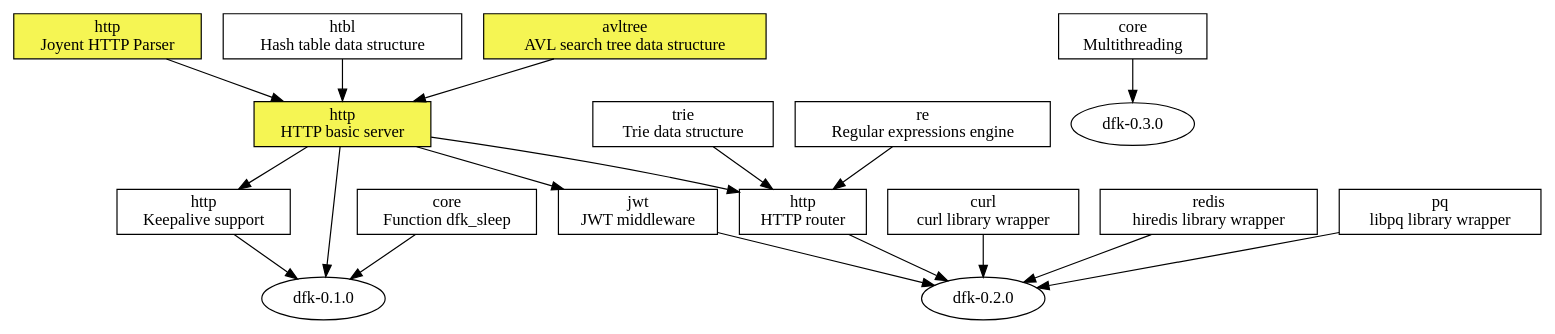
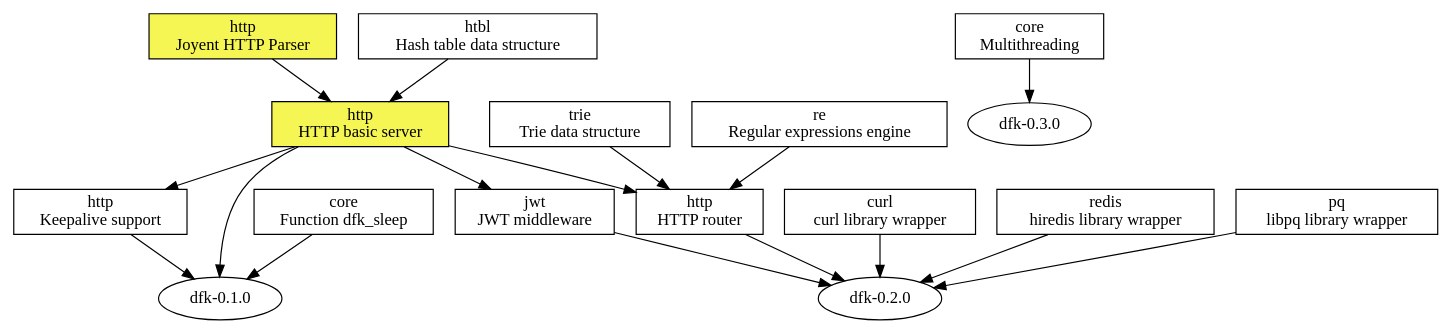
The diagram in doc/roadmap.dot (isn-/dfk), drawn with Graphviz before and after one commit.

Commit message:
doc: avltree is done, remove from roadmap

```diff
--- a/doc/roadmap.dot
+++ b/doc/roadmap.dot
@@ -1,55 +1,52 @@
 digraph "DFK Library Roadmap - Current" {
   node [shape=box];
   ratio="compress";
 
   http_parser [label="http\nJoyent HTTP Parser" style=filled fillcolor="#F5F553"];
 
   http_server [label="http\nHTTP basic server" style=filled fillcolor="#F5F553"];
     http_parser -> http_server
     htbl -> http_server
-    avltree -> http_server
 
   keepalive [label="http\nKeepalive support"];
     http_server -> keepalive;
 
   curl [label="curl\ncurl library wrapper"];
 
   redis [label="redis\nhiredis library wrapper"];
 
   libpq [label="pq\nlibpq library wrapper"];
 
   jwt [label="jwt\nJWT middleware"];
     http_server -> jwt;
 
   mt [label="core\nMultithreading"];
 
   trie [label="trie\nTrie data structure"];
 
   re [label="re\nRegular expressions engine"];
 
   htbl [label="htbl\nHash table data structure"];
-
-  avltree [label="avltree\nAVL search tree data structure" style=filled fillcolor="#F5F553"];
 
   router [label="http\nHTTP router"];
     http_server -> router;
     trie -> router;
     re -> router;
 
   sleep [label="core\nFunction dfk_sleep"];
     sleep -> dfk010;
 
   dfk010 [label="dfk-0.1.0" shape=oval];
     http_server -> dfk010;
     keepalive -> dfk010;
 
   dfk020 [label="dfk-0.2.0" shape=oval];
     jwt -> dfk020;
     redis -> dfk020;
     curl -> dfk020;
     libpq -> dfk020;
     router -> dfk020;
 
   dfk030 [label="dfk-0.3.0" shape=oval];
     mt -> dfk030;
 }
```
